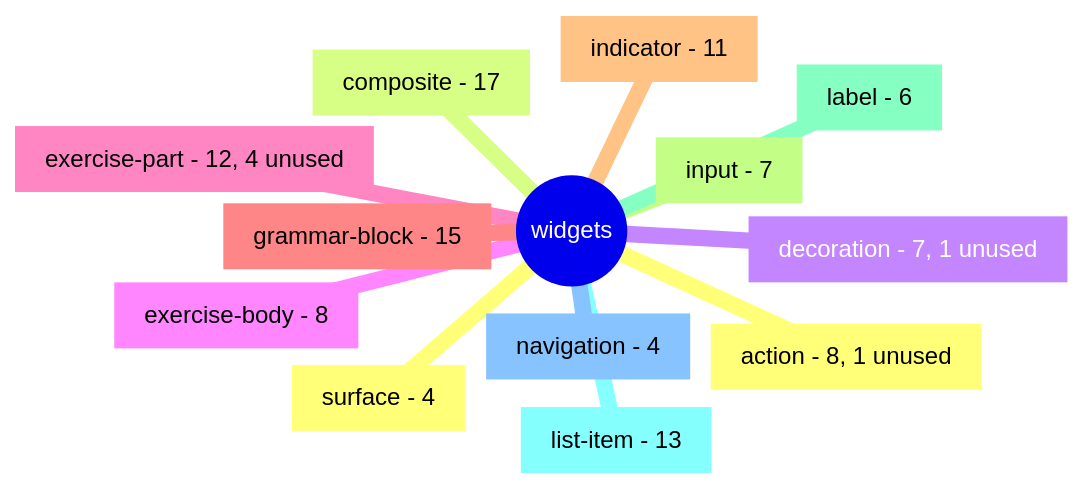
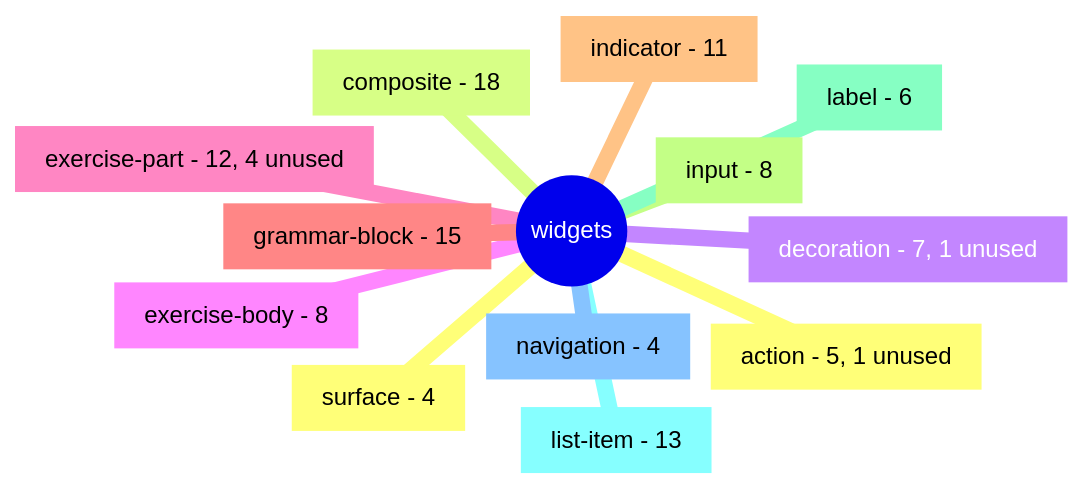
One commit to mirai-toto/manabi-do changed the diagram in docs/08_widget_inventory.md. Above: the diagram before and after it, drawn with Mermaid. The commit also changed other lines of this file and 4 other files, not shown here.

````diff
--- a/docs/08_widget_inventory.md
+++ b/docs/08_widget_inventory.md
@@ -11,16 +11,16 @@
 ```mermaid
 mindmap
   root((widgets))
-    action[action - 8, 1 unused]
-    composite[composite - 17]
+    action[action - 5, 1 unused]
+    composite[composite - 18]
     decoration[decoration - 7, 1 unused]
     exercise_body[exercise-body - 8]
     exercise_part[exercise-part - 12, 4 unused]
     grammar_block[grammar-block - 15]
     indicator[indicator - 11]
-    input[input - 7]
+    input[input - 8]
     label[label - 6]
     list_item[list-item - 13]
     navigation[navigation - 4]
     surface[surface - 4]
 ```
````
